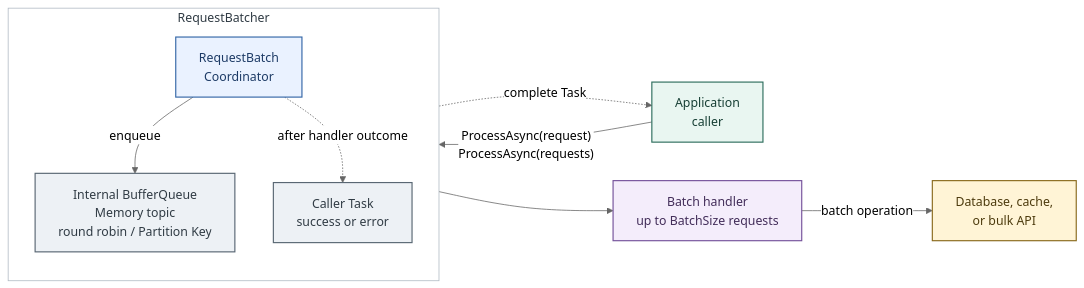
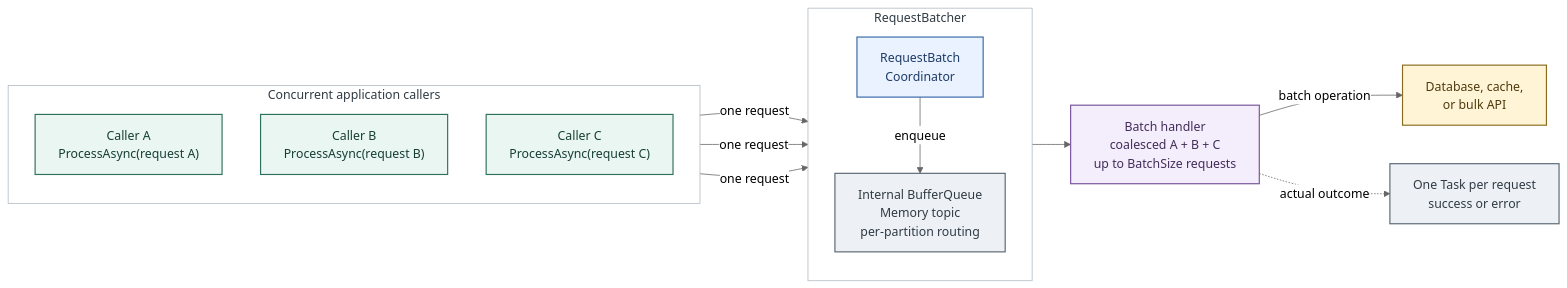
The diagram in docs/assets/request-batcher-architecture.mmd (eventhorizon-cli/RequestBatcher), drawn with Mermaid (neutral theme) before and after one commit. The commit also changed 8 other files, not shown here.

```diff
--- a/docs/assets/request-batcher-architecture.mmd
+++ b/docs/assets/request-batcher-architecture.mmd
@@ -1,33 +1,40 @@
 flowchart LR
-    caller["Application<br/>caller"]
+    subgraph callers["Concurrent application callers"]
+        direction TB
+        callerA["Caller A<br/>ProcessAsync(request A)"]
+        callerB["Caller B<br/>ProcessAsync(request B)"]
+        callerC["Caller C<br/>ProcessAsync(request C)"]
+    end
 
     subgraph requestBatcher["RequestBatcher"]
         direction TB
         coordinator["RequestBatch<br/>Coordinator"]
-        queue["Internal BufferQueue<br/>Memory topic<br/>round robin / Partition Key"]
-        outcome["Caller Task<br/>success or error"]
+        queue["Internal BufferQueue<br/>Memory topic<br/>per-partition routing"]
 
         coordinator -->|"enqueue"| queue
-        coordinator -.->|"after handler outcome"| outcome
     end
 
-    handler["Batch handler<br/>up to BatchSize requests"]
+    handler["Batch handler<br/>coalesced A + B + C<br/>up to BatchSize requests"]
     downstream["Database, cache,<br/>or bulk API"]
+    outcome["One Task per request<br/>success or error"]
 
-    caller -->|"ProcessAsync(request)<br/>ProcessAsync(requests)"| coordinator
+    callerA -->|"one request"| coordinator
+    callerB -->|"one request"| coordinator
+    callerC -->|"one request"| coordinator
     queue --> handler
     handler -->|"batch operation"| downstream
-    outcome -.->|"complete Task"| caller
+    handler -.->|"actual outcome"| outcome
 
-    class caller client
+    class callerA,callerB,callerC client
     class coordinator gateway
     class queue,outcome core
     class handler handler
     class downstream storage
 
     classDef client fill:#e9f6f1,stroke:#2f6f5e,color:#173f35,stroke-width:1.5px
     classDef gateway fill:#eaf2ff,stroke:#3567a7,color:#1d3b66,stroke-width:1.5px
     classDef core fill:#edf1f5,stroke:#596773,color:#303b44,stroke-width:1.5px
     classDef storage fill:#fff4d6,stroke:#8a6a1d,color:#4d3b0e,stroke-width:1.5px
     classDef handler fill:#f4edfb,stroke:#75529b,color:#422d59,stroke-width:1.5px
+    style callers fill:#ffffff,stroke:#aeb8c2,color:#303b44,stroke-width:1px
     style requestBatcher fill:#ffffff,stroke:#aeb8c2,color:#303b44,stroke-width:1px
```
